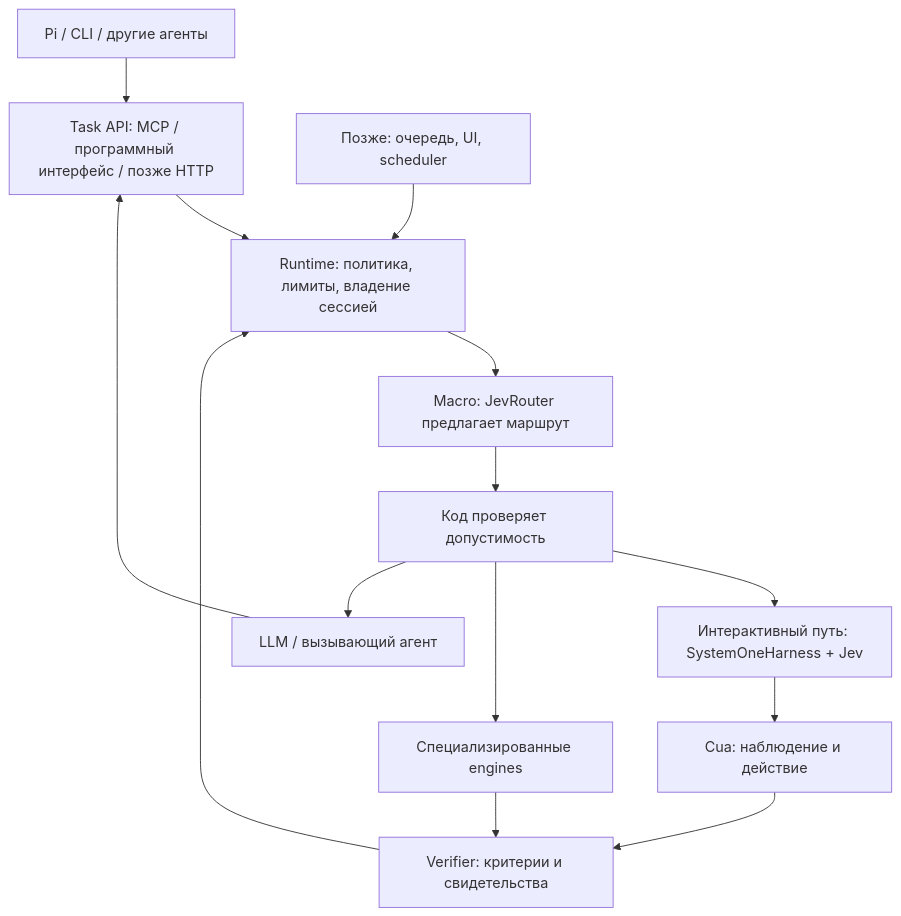
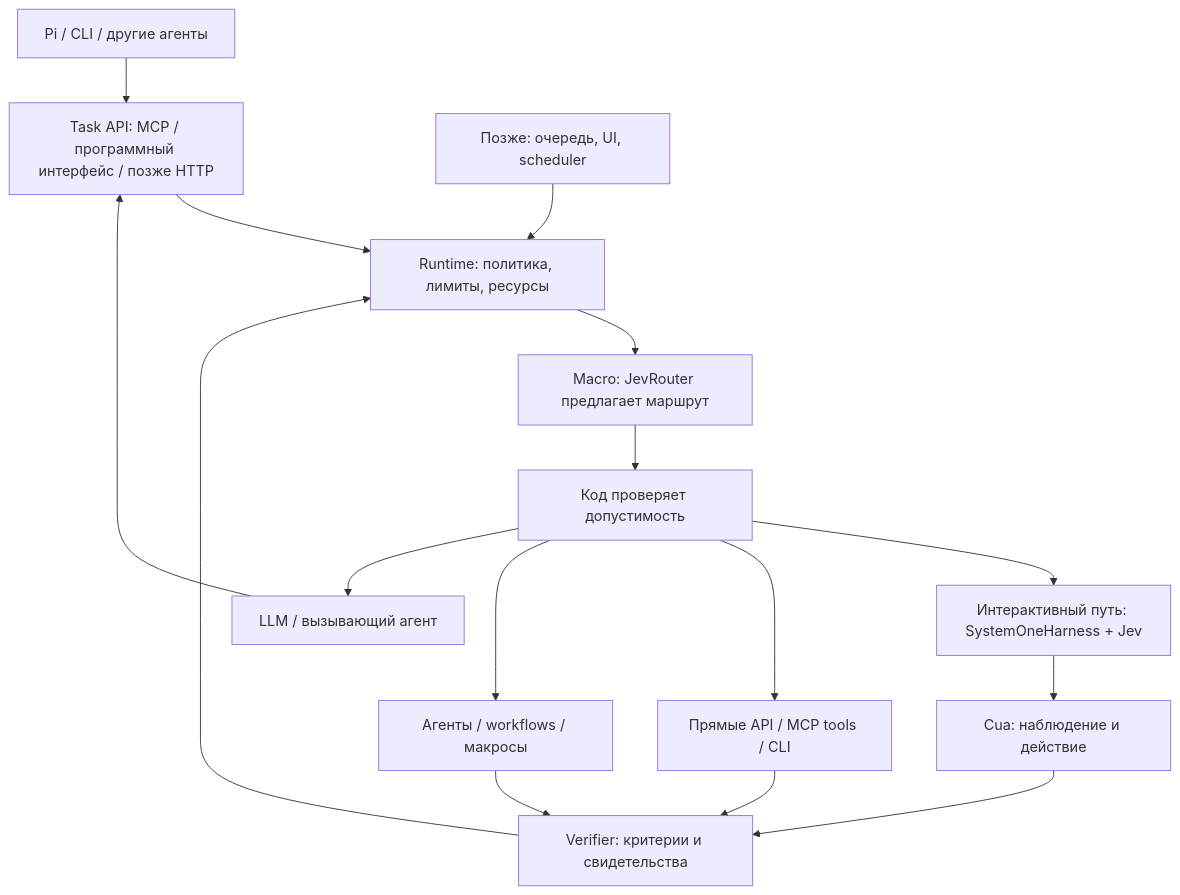
One commit to AndrewMoryakov/ReflexMesh changed the diagram in docs/architecture/TARGET_ARCHITECTURE.md. Above: the diagram before and after it, drawn with Mermaid. The commit also changed other lines of this file and 5 other files, not shown here.

````diff
--- a/docs/architecture/TARGET_ARCHITECTURE.md
+++ b/docs/architecture/TARGET_ARCHITECTURE.md
@@ -8,16 +30,18 @@
 ```mermaid
 flowchart TD
     Client["Pi / CLI / другие агенты"] --> API["Task API: MCP / программный интерфейс / позже HTTP"]
-    API --> Runtime["Runtime: политика, лимиты, владение сессией"]
+    API --> Runtime["Runtime: политика, лимиты, ресурсы"]
     Control["Позже: очередь, UI, scheduler"] --> Runtime
     Runtime --> Router["Macro: JevRouter предлагает маршрут"]
     Router --> Gate["Код проверяет допустимость"]
     Gate --> Interactive["Интерактивный путь: SystemOneHarness + Jev"]
-    Gate --> Specialized["Специализированные engines"]
+    Gate --> Direct["Прямые API / MCP tools / CLI"]
+    Gate --> Specialized["Агенты / workflows / макросы"]
     Gate --> Handoff["LLM / вызывающий агент"]
     Interactive --> Cua["Cua: наблюдение и действие"]
     Cua --> Verify["Verifier: критерии и свидетельства"]
+    Direct --> Verify
     Specialized --> Verify
     Verify --> Runtime
     Handoff --> API
 ```
````
